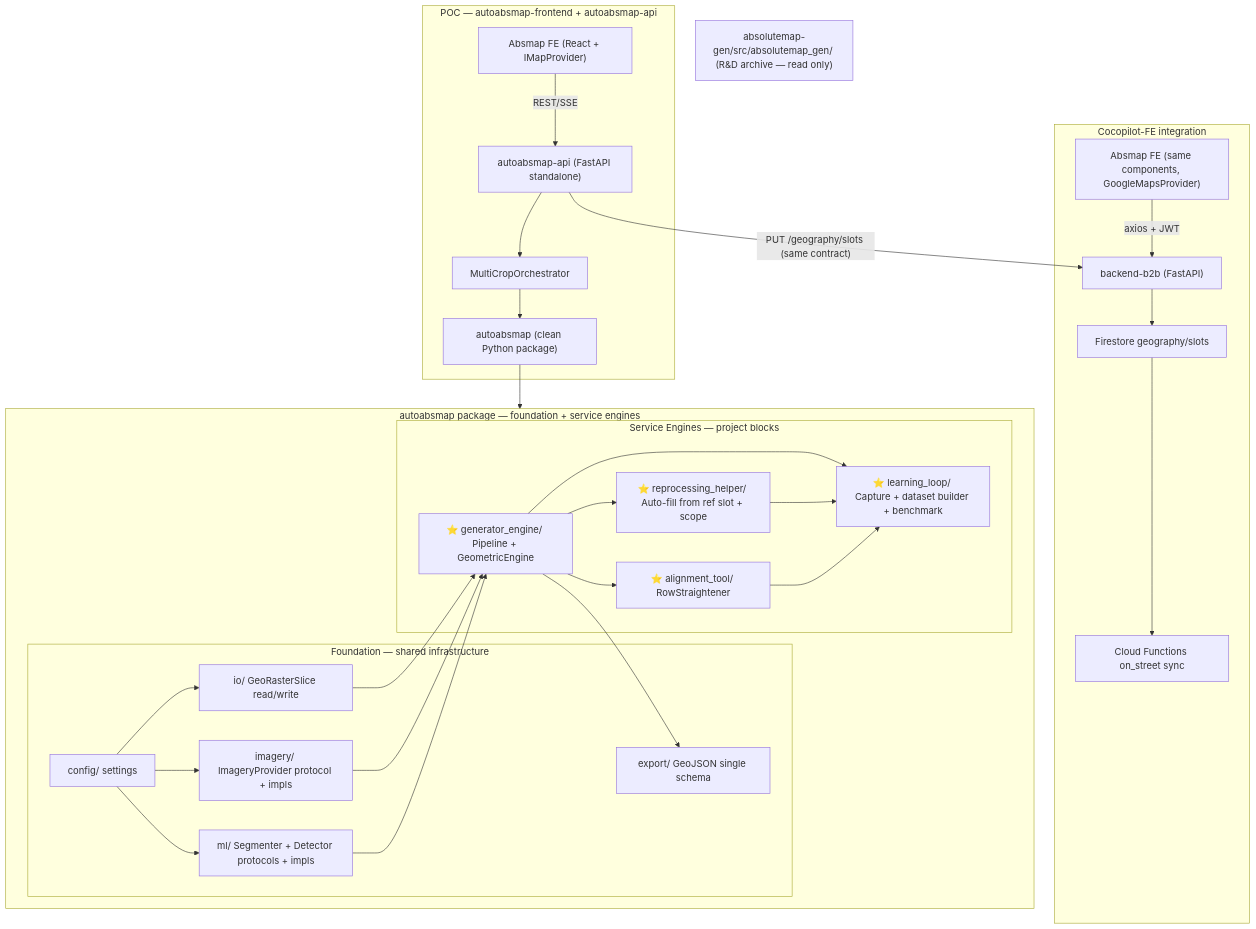
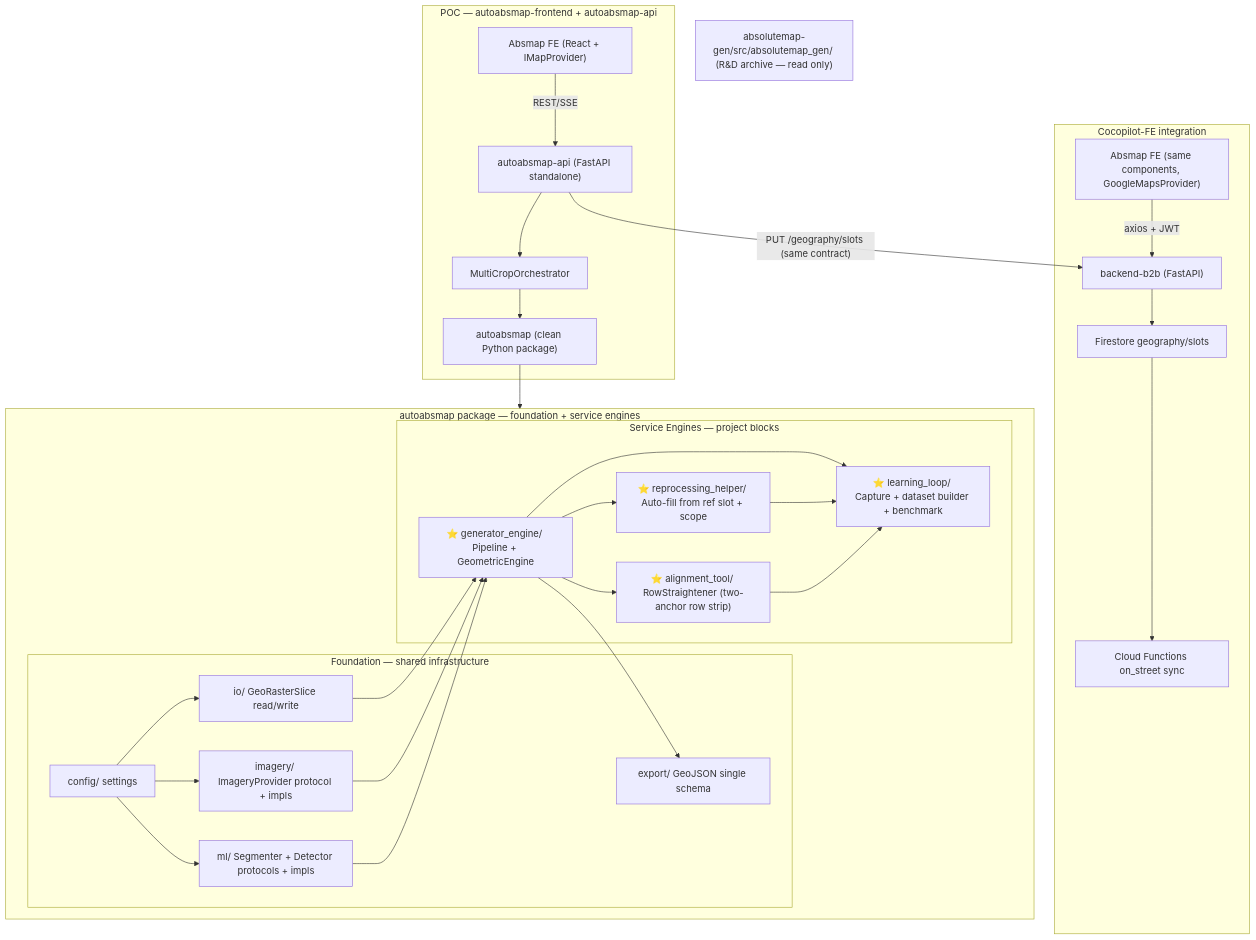
Before and after one commit to youssouf-sagaf/autocalib: the first of 2 diagrams in plan_architecture.md, drawn with Mermaid. The commit also changed other lines of this file and 20 other files, not shown here.

````diff
--- a/plan_architecture.md
+++ b/plan_architecture.md
@@ -32,58 +32,58 @@
 ```mermaid
 flowchart TD
     subgraph poc [POC — autoabsmap-frontend + autoabsmap-api]
         UI_POC["Absmap FE (React + IMapProvider)"]
         API_POC["autoabsmap-api (FastAPI standalone)"]
         Orch["MultiCropOrchestrator"]
         Pkg["autoabsmap (clean Python package)"]
         UI_POC -->|"REST/SSE"| API_POC
         API_POC --> Orch
         Orch --> Pkg
     end
 
     subgraph integration [Cocopilot-FE integration]
         UI_INT["Absmap FE (same components, GoogleMapsProvider)"]
         B2B["backend-b2b (FastAPI)"]
         Firestore["Firestore geography/slots"]
         CF["Cloud Functions on_street sync"]
         UI_INT -->|"axios + JWT"| B2B
         B2B --> Firestore
         Firestore --> CF
     end
 
     API_POC -->|"PUT /geography/slots (same contract)"| B2B
 
     subgraph autoabsmap_pkg [autoabsmap package — foundation + service engines]
 
         subgraph foundation [Foundation — shared infrastructure]
             config["config/ settings"]
             io_layer["io/ GeoRasterSlice read/write"]
             imagery["imagery/ ImageryProvider protocol + impls"]
             ml["ml/ Segmenter + Detector protocols + impls"]
             export_layer["export/ GeoJSON single schema"]
             config --> io_layer
             config --> imagery
             config --> ml
         end
 
         subgraph engines [Service Engines — project blocks]
             gen["⭐ generator_engine/ Pipeline + GeometricEngine"]
             reproc["⭐ reprocessing_helper/ Auto-fill from ref slot + scope"]
-            align["⭐ alignment_tool/ RowStraightener"]
+            align["⭐ alignment_tool/ RowStraightener (two-anchor row strip)"]
             loop_eng["⭐ learning_loop/ Capture + dataset builder + benchmark"]
         end
 
         io_layer --> gen
         imagery --> gen
         ml --> gen
         gen --> export_layer
         gen --> reproc
         gen --> align
         gen --> loop_eng
         reproc --> loop_eng
         align --> loop_eng
     end
 
     Pkg --> autoabsmap_pkg
     RD["absolutemap-gen/src/absolutemap_gen/ (R&D archive — read only)"]
 ```
````
